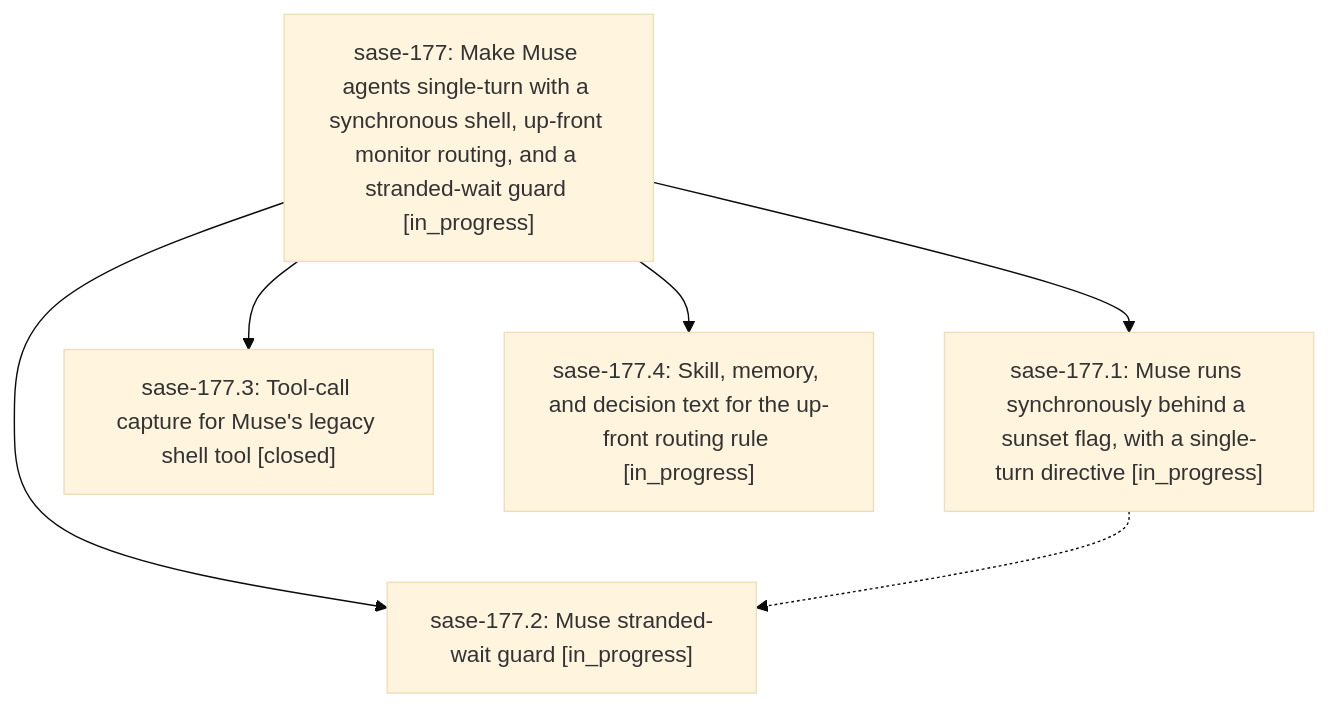
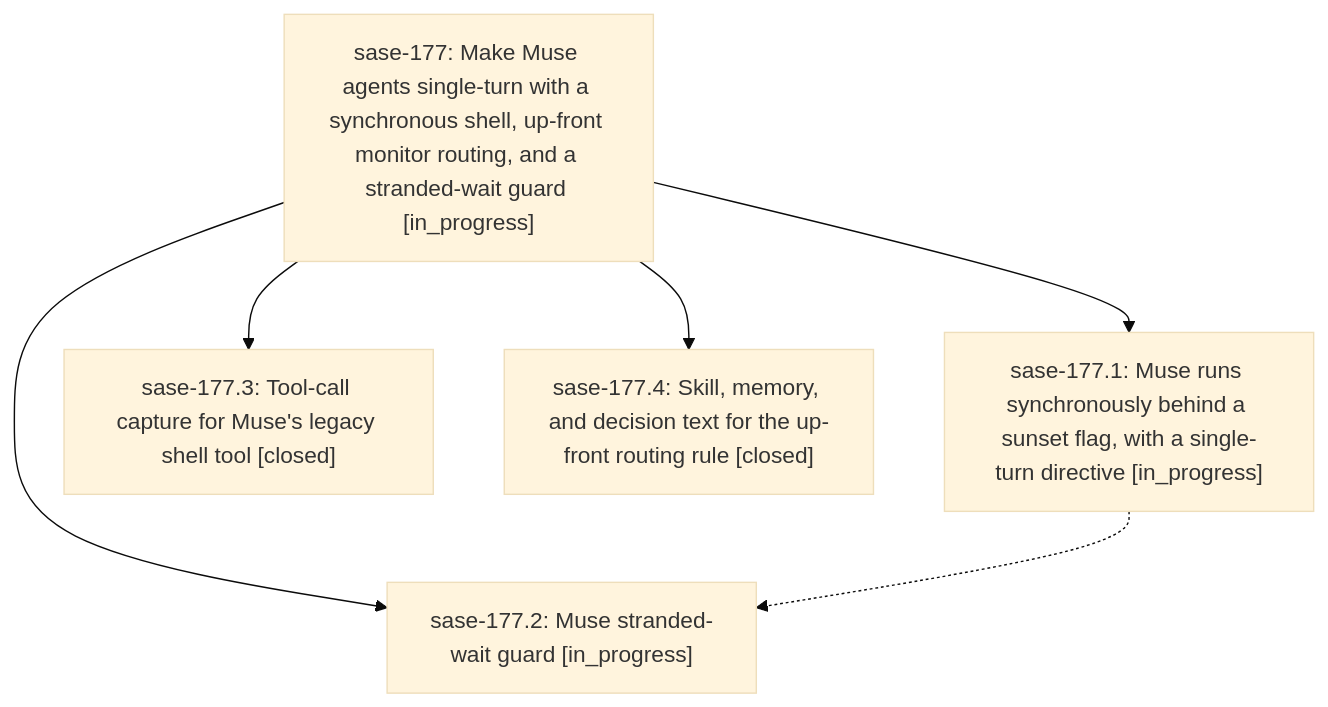
One commit to sase-org/sase--beads changed the diagram in pages/sase-177/README.md. Above: the diagram before and after it, drawn with Mermaid (base theme). The commit also changed other lines of this file and 3 other files, not shown here.

````diff
--- a/pages/sase-177/README.md
+++ b/pages/sase-177/README.md
@@ -25,13 +25,13 @@
 ```mermaid
 flowchart TD
     n0["sase-177: Make Muse agents single-turn with a synchronous shell, up-front monitor routing, and a stranded-wait guard [in_progress]"]
     n1["sase-177.1: Muse runs synchronously behind a sunset flag, with a single-turn directive [in_progress]"]
     n2["sase-177.2: Muse stranded-wait guard [in_progress]"]
     n3["sase-177.3: Tool-call capture for Muse's legacy shell tool [closed]"]
-    n4["sase-177.4: Skill, memory, and decision text for the up-front routing rule [in_progress]"]
+    n4["sase-177.4: Skill, memory, and decision text for the up-front routing rule [closed]"]
     n0 --> n1
     n0 --> n2
     n0 --> n3
     n0 --> n4
     n1 -.-> n2
 ```
````
